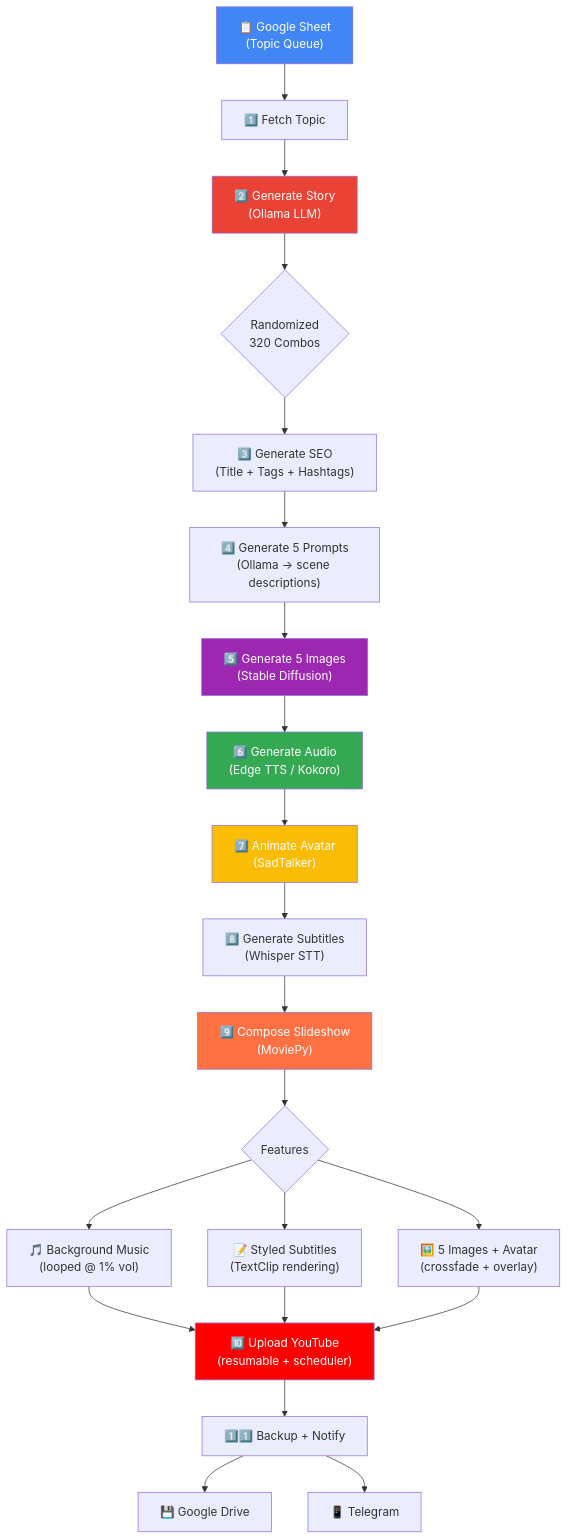
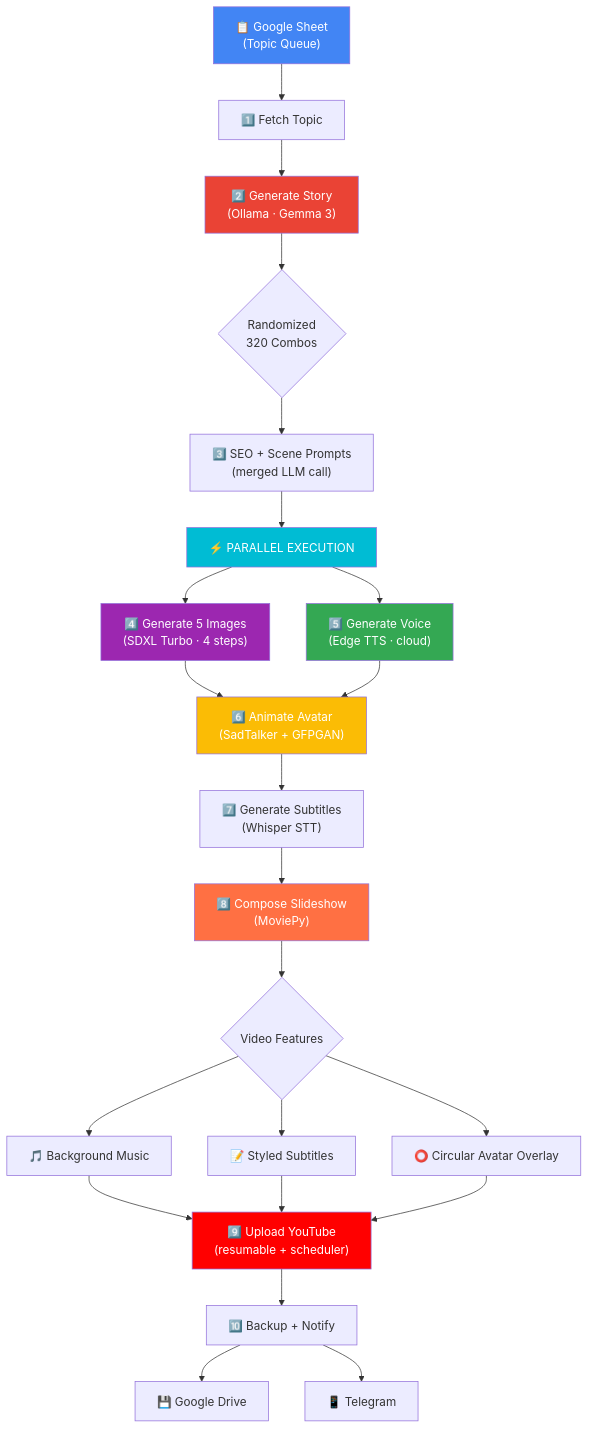
Before and after one commit to tamilarasu18/ai-yt-automation: the first of 4 diagrams in README.md, drawn with Mermaid. The commit also changed other lines of this file, not shown here.

````diff
--- a/README.md
+++ b/README.md
@@ -24,34 +39,38 @@
 ```mermaid
 flowchart TD
     A["📋 Google Sheet<br/>(Topic Queue)"] --> B["1️⃣ Fetch Topic"]
-    B --> C["2️⃣ Generate Story<br/>(Ollama LLM)"]
+    B --> C["2️⃣ Generate Story<br/>(Ollama · Gemma 3)"]
     C --> D{"Randomized<br/>320 Combos"}
-    D --> E["3️⃣ Generate SEO<br/>(Title + Tags + Hashtags)"]
-    E --> F["4️⃣ Generate 5 Prompts<br/>(Ollama → scene descriptions)"]
-    F --> G["5️⃣ Generate 5 Images<br/>(Stable Diffusion)"]
-    G --> H["6️⃣ Generate Audio<br/>(Edge TTS / Kokoro)"]
-    H --> I["7️⃣ Animate Avatar<br/>(SadTalker)"]
-    I --> J["8️⃣ Generate Subtitles<br/>(Whisper STT)"]
-    J --> K["9️⃣ Compose Slideshow<br/>(MoviePy)"]
-    K --> L{"Features"}
+    D --> E["3️⃣ SEO + Scene Prompts<br/>(merged LLM call)"]
 
-    L --> L1["🎵 Background Music<br/>(looped @ 1% vol)"]
-    L --> L2["📝 Styled Subtitles<br/>(TextClip rendering)"]
-    L --> L3["🖼️ 5 Images + Avatar<br/>(crossfade + overlay)"]
+    E --> F["⚡ PARALLEL EXECUTION"]
+    F --> G["4️⃣ Generate 5 Images<br/>(SDXL Turbo · 4 steps)"]
+    F --> H["5️⃣ Generate Voice<br/>(Edge TTS · cloud)"]
 
-    L1 --> M["🔟 Upload YouTube<br/>(resumable + scheduler)"]
+    G --> I["6️⃣ Animate Avatar<br/>(SadTalker + GFPGAN)"]
+    H --> I
+    I --> J["7️⃣ Generate Subtitles<br/>(Whisper STT)"]
+    J --> K["8️⃣ Compose Slideshow<br/>(MoviePy)"]
+    K --> L{"Video Features"}
+
+    L --> L1["🎵 Background Music"]
+    L --> L2["📝 Styled Subtitles"]
+    L --> L3["⭕ Circular Avatar Overlay"]
+
+    L1 --> M["9️⃣ Upload YouTube<br/>(resumable + scheduler)"]
     L2 --> M
     L3 --> M
 
-    M --> N["1️⃣1️⃣ Backup + Notify"]
+    M --> N["🔟 Backup + Notify"]
     N --> O["💾 Google Drive"]
     N --> P["📱 Telegram"]
 
     style A fill:#4285F4,color:white
     style C fill:#EA4335,color:white
+    style F fill:#00BCD4,color:white
     style G fill:#9C27B0,color:white
     style H fill:#34A853,color:white
     style I fill:#FBBC05,color:white
     style K fill:#FF7043,color:white
     style M fill:#FF0000,color:white
 ```
````
